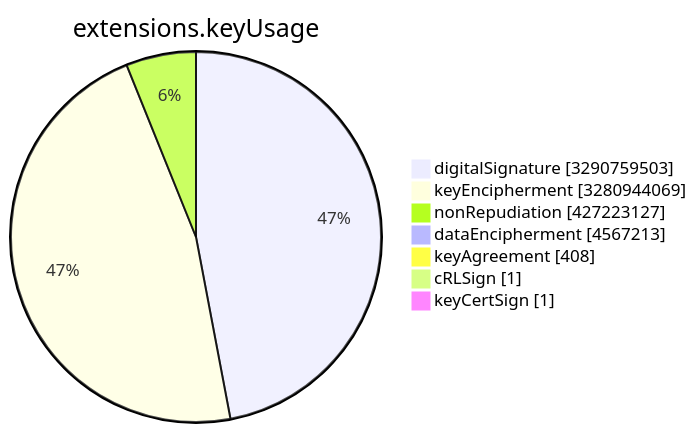
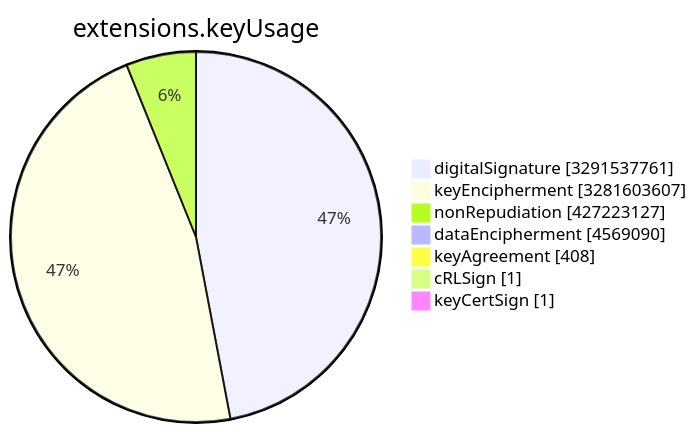
Before and after one commit to christiankrug/ctmonitor_visualization: the sixth of 15 diagrams in TOTAL/README.md, drawn with Mermaid. The commit also changed other lines of this file, not shown here.

````diff
--- a/TOTAL/README.md
+++ b/TOTAL/README.md
@@ -3078,11 +3078,11 @@
 ```mermaid
 pie showData
 title extensions.keyUsage
-"digitalSignature" :3290759503
-"keyEncipherment" :3280944069
+"digitalSignature" :3291537761
+"keyEncipherment" :3281603607
 "nonRepudiation" :427223127
-"dataEncipherment" :4567213
+"dataEncipherment" :4569090
 "keyAgreement" :408
 "cRLSign" :1
 "keyCertSign" :1
 ```
````
